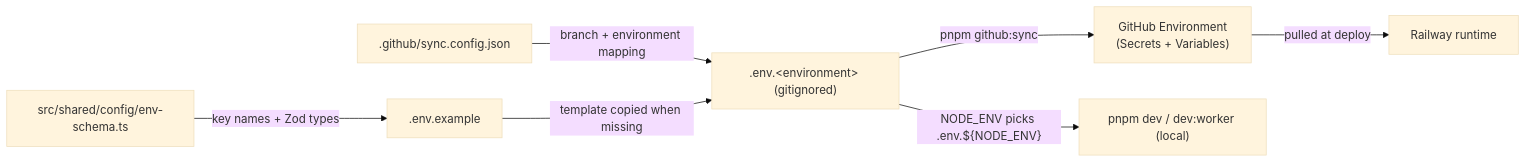
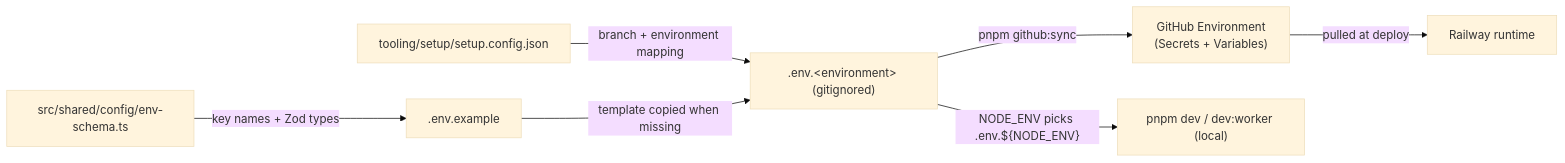
One commit to nikunjmavani/core-be changed the first of 2 diagrams in docs/deployment/runbooks/environment-variables.md. Above: the diagram before and after it, drawn with Mermaid (base theme). The commit also changed other lines of this file and 23 other files, not shown here.

First line of the commit message:
refactor(identity): replace per-workflow env blocks with composite action, remove sync.config.json

````diff
--- a/docs/deployment/runbooks/environment-variables.md
+++ b/docs/deployment/runbooks/environment-variables.md
@@ -50,9 +50,9 @@
 ```mermaid
 flowchart LR
   S[src/shared/config/env-schema.ts] -- "key names + Zod types" --> T[.env.example]
-  Cfg[".github/sync.config.json"] -- "branch + environment mapping" --> D[".env.&lt;environment&gt; (gitignored)"]
+  Cfg["tooling/setup/setup.config.json"] -- "branch + environment mapping" --> D[".env.&lt;environment&gt; (gitignored)"]
   T -- "template copied when missing" --> D
   D -- pnpm github:sync --> G["GitHub Environment\n(Secrets + Variables)"]
   G -- pulled at deploy --> R[Railway runtime]
   D -- "NODE_ENV picks .env.${NODE_ENV}" --> L["pnpm dev / dev:worker (local)"]
 ```
````
